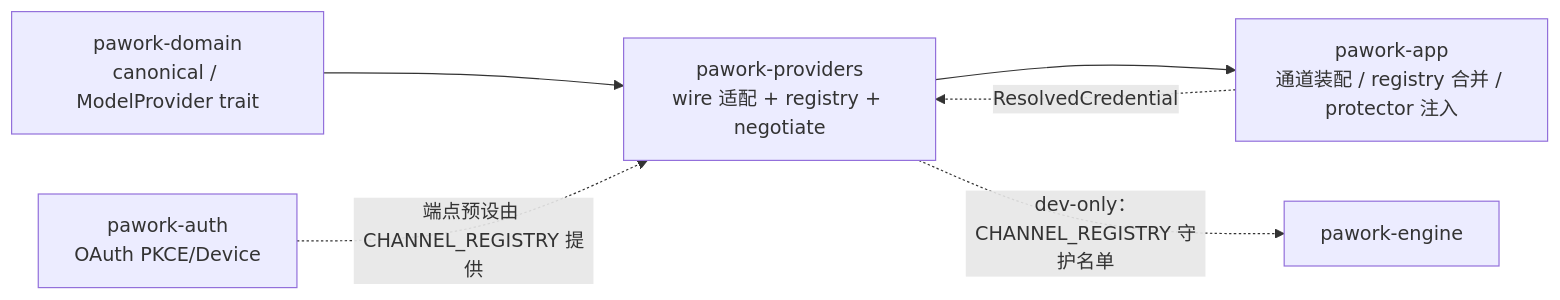
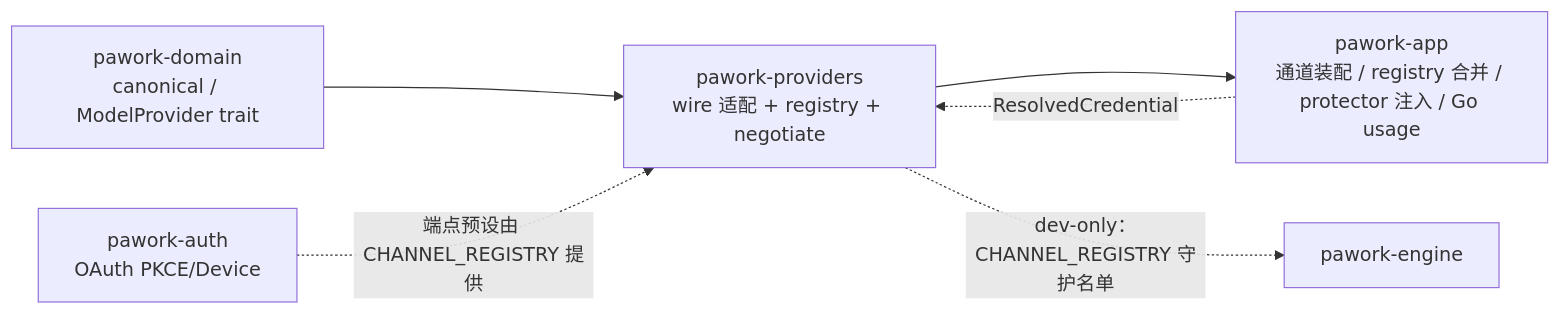
The diagram in docs/review/backend/providers.md (expcat/Pawork), drawn with Mermaid before and after one commit. The commit also changed other lines of this file and 139 other files, not shown here.

````diff
--- a/docs/review/backend/providers.md
+++ b/docs/review/backend/providers.md
@@ -250,8 +222,8 @@
 ```mermaid
 graph LR
   domain[pawork-domain<br/>canonical / ModelProvider trait] --> providers[pawork-providers<br/>wire 适配 + registry + negotiate]
-  providers --> app[pawork-app<br/>通道装配 / registry 合并 / protector 注入]
+  providers --> app[pawork-app<br/>通道装配 / registry 合并 / protector 注入 / Go usage]
   auth[pawork-auth<br/>OAuth PKCE/Device] -.端点预设由 CHANNEL_REGISTRY 提供.-> providers
   providers -.->|dev-only：CHANNEL_REGISTRY 守护名单| engine[pawork-engine]
   app -.->|ResolvedCredential| providers
 ```
````
